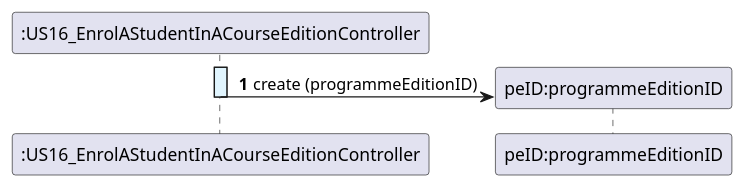
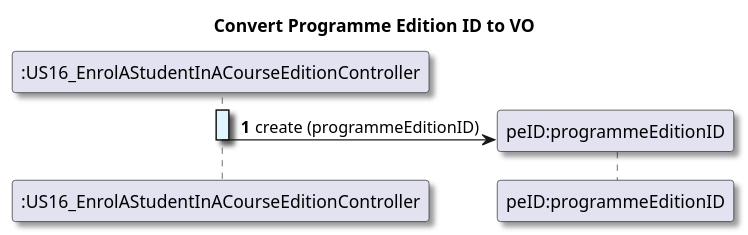
Before and after one commit to GasparISEP/DevOps-PAI: the diagram in docs/US16/references/US16_DDD_convertProgrammeEditionIDToVO.puml, drawn with PlantUML. The commit also changed 10 other files, not shown here.

Commit message:
docs(sequence-diagram): minor adjustments to course edition enrolment functionality SD #359, Closes #382, Closes #313, Closes #398

```diff
--- a/docs/US16/references/US16_DDD_convertProgrammeEditionIDToVO.puml
+++ b/docs/US16/references/US16_DDD_convertProgrammeEditionIDToVO.puml
@@ -1,16 +1,19 @@
 @startuml
+title Convert Programme Edition ID to VO
+
+autonumber
 skinparam {
   ActivityPadding 2
   ActivityMargin 2
   BoxPadding 2
 }
 skinparam defaultTextAlignment center
+skinparam shadowing true
 
-autonumber
 
 activate ":US16_EnrolAStudentInACourseEditionController" #E1F5FE
 create "peID:programmeEditionID"
 ":US16_EnrolAStudentInACourseEditionController" -> "peID:programmeEditionID": create (programmeEditionID)
 
 deactivate ":US16_EnrolAStudentInACourseEditionController"
 @enduml
```
